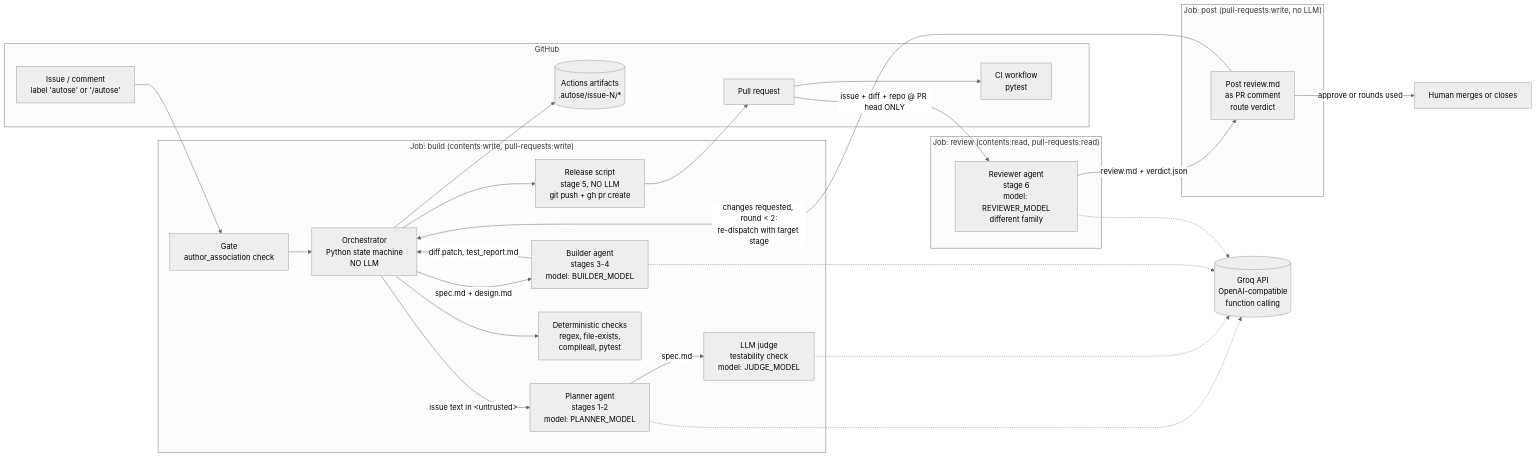
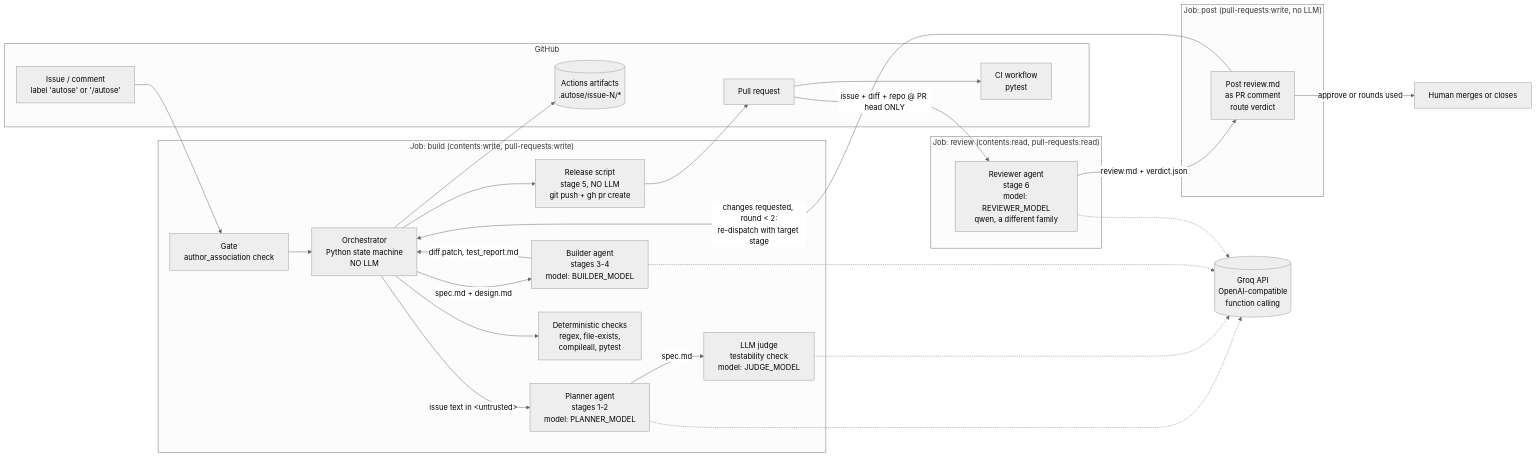
One commit to RishabhDev01/autose-a3 changed the diagram in architecture/views/component-view.md. Above: the diagram before and after it, drawn with Mermaid (neutral theme). The commit also changed 5 other files, not shown here.

````diff
--- a/architecture/views/component-view.md
+++ b/architecture/views/component-view.md
@@ -10,44 +10,44 @@
 ```mermaid
 flowchart LR
   subgraph GH[GitHub]
     ISSUE[Issue / comment<br/>label 'autose' or '/autose']
     PR[Pull request]
     CI[CI workflow<br/>pytest]
     ART[(Actions artifacts<br/>.autose/issue-N/*)]
   end
 
   subgraph JOB1["Job: build  (contents:write, pull-requests:write)"]
     GATE[Gate<br/>author_association check]
     ORCH[Orchestrator<br/>Python state machine<br/>NO LLM]
     PLAN[Planner agent<br/>stages 1-2<br/>model: PLANNER_MODEL]
     JUDGE[LLM judge<br/>testability check<br/>model: JUDGE_MODEL]
     BUILD[Builder agent<br/>stages 3-4<br/>model: BUILDER_MODEL]
     REL[Release script<br/>stage 5, NO LLM<br/>git push + gh pr create]
     CHK[Deterministic checks<br/>regex, file-exists,<br/>compileall, pytest]
   end
 
   subgraph JOB2["Job: review  (contents:read, pull-requests:read)"]
-    REV[Reviewer agent<br/>stage 6<br/>model: REVIEWER_MODEL<br/>different family]
+    REV[Reviewer agent<br/>stage 6<br/>model: REVIEWER_MODEL<br/>qwen, a different family]
   end
 
   subgraph JOB3["Job: post  (pull-requests:write, no LLM)"]
     POST[Post review.md<br/>as PR comment<br/>route verdict]
   end
 
   GROQ[(Groq API<br/>OpenAI-compatible<br/>function calling)]
 
   ISSUE --> GATE --> ORCH
   ORCH -->|issue text in &lt;untrusted&gt;| PLAN
   PLAN -->|spec.md| JUDGE
   ORCH --> CHK
   ORCH -->|spec.md + design.md| BUILD
   BUILD -->|diff.patch, test_report.md| ORCH
   ORCH --> REL --> PR --> CI
   ORCH --> ART
   PR -->|issue + diff + repo @ PR head ONLY| REV
   REV -->|review.md + verdict.json| POST
   POST -->|changes requested, round < 2:<br/>re-dispatch with target stage| ORCH
   POST -->|approve or rounds used| HUMAN[Human merges or closes]
 
   PLAN & JUDGE & BUILD & REV -.-> GROQ
 ```
````
